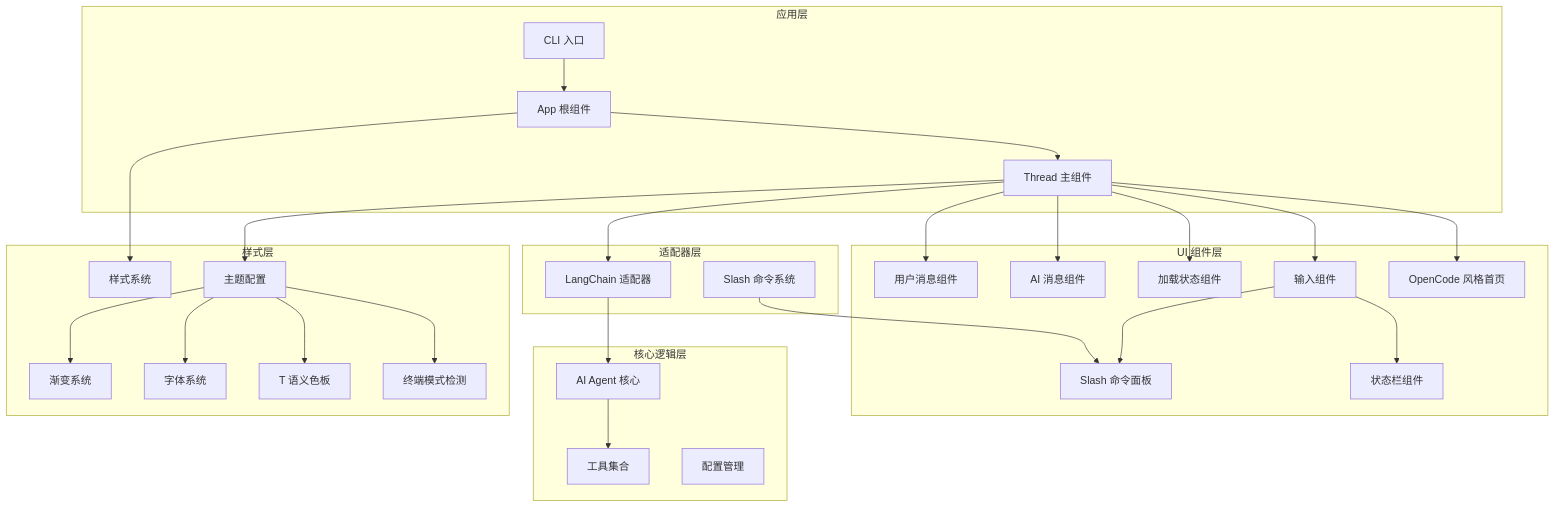
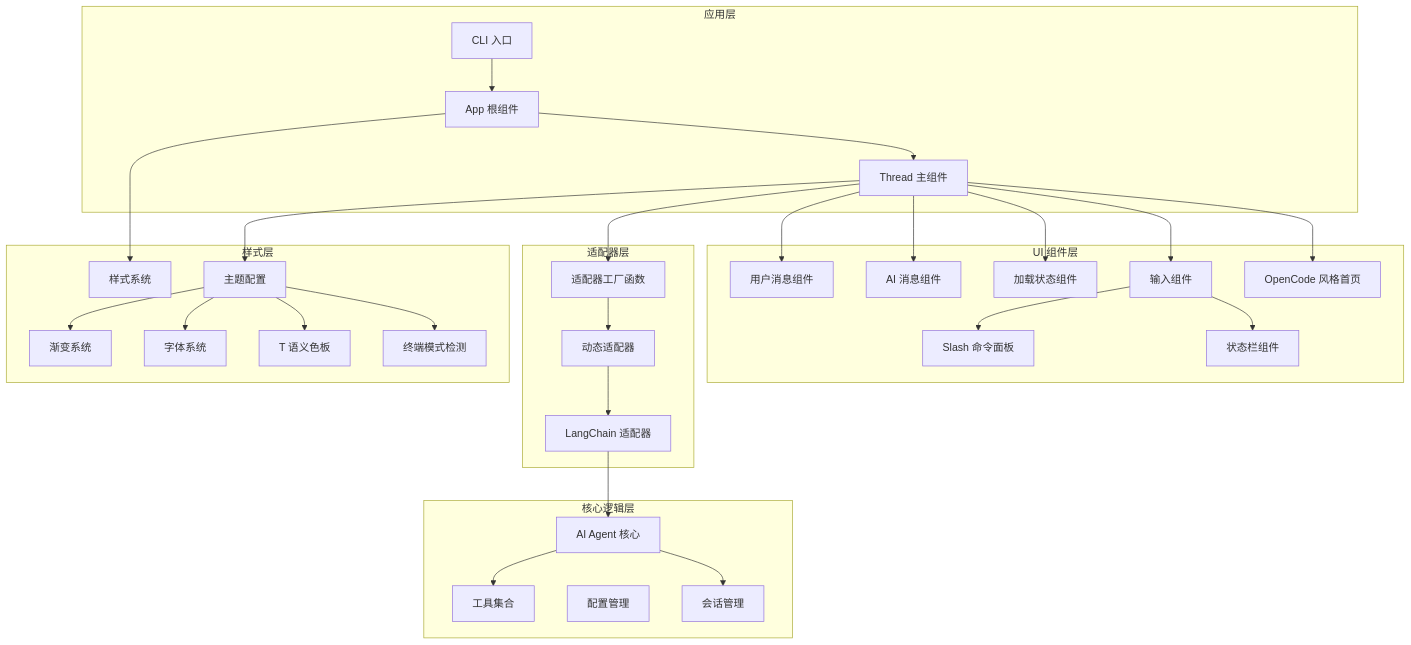
The first of 14 diagrams in .qoder/repowiki/zh/content/核心架构/React 终端 UI 组件.md (HAOFUYANG/onion-code), drawn with Mermaid before and after one commit. The commit also changed other lines of this file and 29 other files, not shown here.

````diff
--- a/.qoder/repowiki/zh/content/核心架构/React 终端 UI 组件.md
+++ b/.qoder/repowiki/zh/content/核心架构/React 终端 UI 组件.md
@@ -60,53 +67,57 @@
 ```mermaid
 graph TB
 subgraph "应用层"
 CLI[CLI 入口]
 App[App 根组件]
 Thread[Thread 主组件]
 end
 subgraph "UI 组件层"
 UserMsg[用户消息组件]
 AIMsg[AI 消息组件]
 Loading[加载状态组件]
 Composer[输入组件]
 SlashPanel[Slash 命令面板]
 HomePage[OpenCode 风格首页]
 StatusBar[状态栏组件]
 end
 subgraph "适配器层"
+AdapterFactory[适配器工厂函数]
 Adapter[LangChain 适配器]
-Commands[Slash 命令系统]
+DynamicAdapter[动态适配器]
 end
 subgraph "核心逻辑层"
 Agent[AI Agent 核心]
 Tools[工具集合]
 Config[配置管理]
+Sessions[会话管理]
 end
 subgraph "样式层"
 Style[样式系统]
 Theme[主题配置]
 Gradient[渐变系统]
 Figlet[字体系统]
 T[T 语义色板]
 TerminalMode[终端模式检测]
 end
 CLI --> App
 App --> Thread
 Thread --> HomePage
 Thread --> UserMsg
 Thread --> AIMsg
 Thread --> Loading
 Thread --> Composer
 Composer --> SlashPanel
 Composer --> StatusBar
-Thread --> Adapter
+Thread --> AdapterFactory
+AdapterFactory --> DynamicAdapter
+DynamicAdapter --> Adapter
 Adapter --> Agent
 Agent --> Tools
+Agent --> Sessions
 App --> Style
 Thread --> Theme
 Theme --> Gradient
 Theme --> Figlet
 Theme --> T
 Theme --> TerminalMode
-Commands --> SlashPanel
 ```
````
